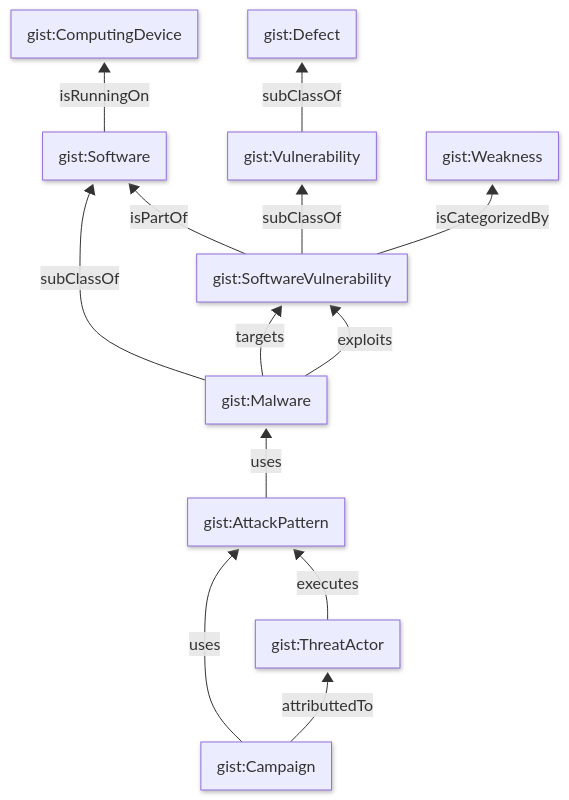
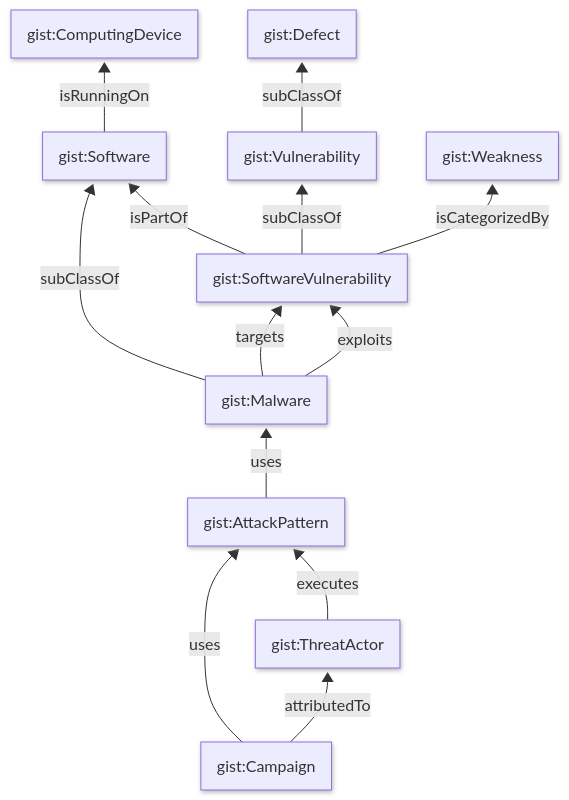
One commit to semanticarts/gistCyber changed the diagram in docs/partis/vulnerabity-parti.md. Above: the diagram before and after it, drawn with Mermaid.

Commit message:
corrected typo of attributted-to

````diff
--- a/docs/partis/vulnerabity-parti.md
+++ b/docs/partis/vulnerabity-parti.md
@@ -1,24 +1,24 @@
 ```mermaid
 ---
 config:
   layout: fixed
   look: neo
   theme: classic
 
 ---
 graph BT
     AttackPattern["gist:AttackPattern"] -- uses --> Malware
     Vulnerability[gist:Vulnerability] -- subClassOf --> Defect["gist:Defect"]
     Software -- isRunningOn --> Device[gist:ComputingDevice]
     SoftwareVulnerability["gist:SoftwareVulnerability"] -- isCategorizedBy --> Weakness["gist:Weakness"]   
     SoftwareVulnerability --subClassOf --> Vulnerability
     SoftwareVulnerability -- isPartOf --> Software["gist:Software"]
     Malware[gist:Malware] -- subClassOf --> Software
     Malware -- exploits --> SoftwareVulnerability
     Malware -- targets --> SoftwareVulnerability
     ThreatActor["gist:ThreatActor"] -- executes --> AttackPattern
     Campaign["gist:Campaign"] -- uses --> AttackPattern
-    Campaign -- attributtedTo --> ThreatActor
+    Campaign -- attributedTo --> ThreatActor
 
 
 ```
````
